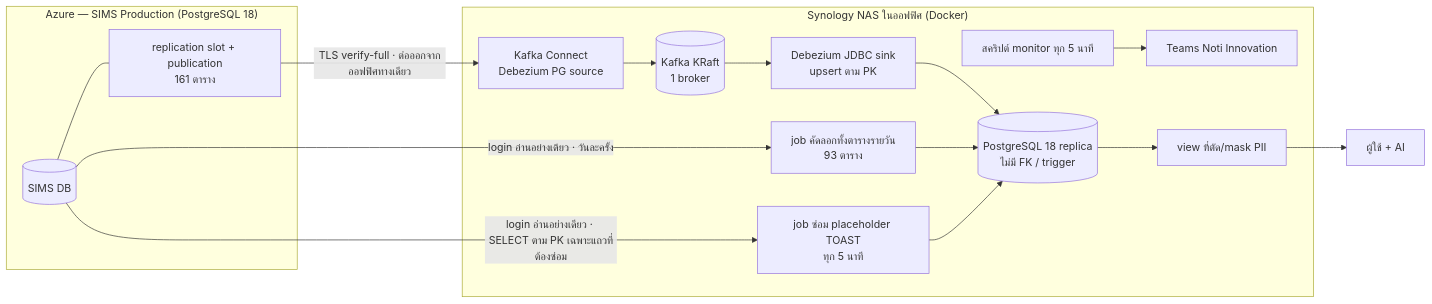
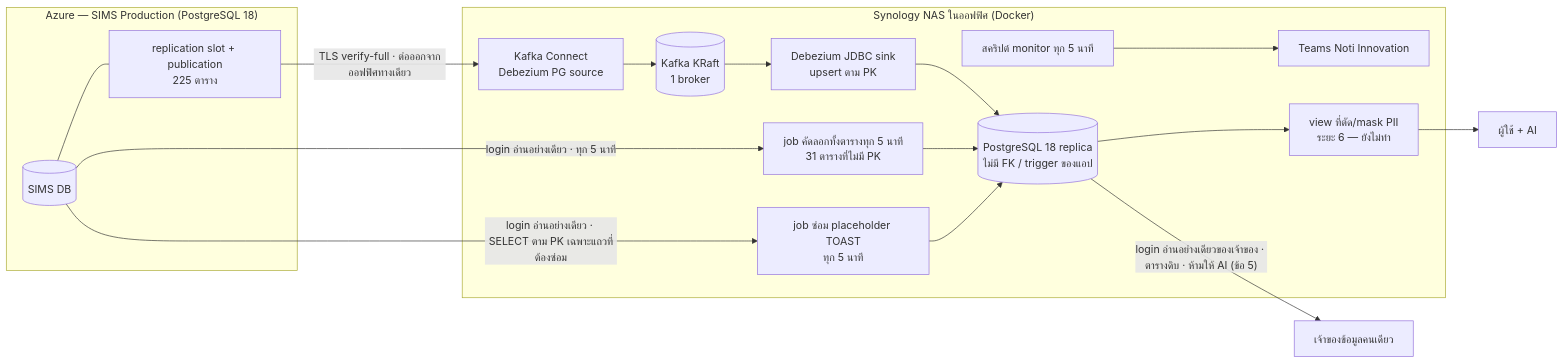
Before and after one commit to akkdach/FSRProtal: the diagram in docs/AD-sims-cdc-to-nas.md, drawn with Mermaid. The commit also changed other lines of this file and 2 other files, not shown here.

First line of the commit message:
Update SIMS CDC docs for go-live and the real-time scope

````diff
--- a/docs/AD-sims-cdc-to-nas.md
+++ b/docs/AD-sims-cdc-to-nas.md
@@ -68,19 +74,20 @@
 ```mermaid
 flowchart LR
   subgraph AZ["Azure — SIMS Production (PostgreSQL 18)"]
-    PG[(SIMS DB)] --- SLOT[replication slot + publication<br/>161 ตาราง]
+    PG[(SIMS DB)] --- SLOT[replication slot + publication<br/>225 ตาราง]
   end
   subgraph NAS["Synology NAS ในออฟฟิศ (Docker)"]
     DBZ[Kafka Connect<br/>Debezium PG source] --> K[(Kafka KRaft<br/>1 broker)]
     K --> SINK[Debezium JDBC sink<br/>upsert ตาม PK]
-    SINK --> REP[(PostgreSQL 18 replica<br/>ไม่มี FK / trigger)]
-    COPY[job คัดลอกทั้งตารางรายวัน<br/>93 ตาราง] --> REP
+    SINK --> REP[(PostgreSQL 18 replica<br/>ไม่มี FK / trigger ของแอป)]
+    COPY[job คัดลอกทั้งตารางทุก 5 นาที<br/>31 ตารางที่ไม่มี PK] --> REP
     FIX[job ซ่อม placeholder TOAST<br/>ทุก 5 นาที] --> REP
     MON[สคริปต์ monitor ทุก 5 นาที] --> TEAMS[Teams Noti Innovation]
-    REP --> V[view ที่ตัด/mask PII]
+    REP --> V[view ที่ตัด/mask PII<br/>ระยะ 6 — ยังไม่ทำ]
   end
   SLOT -- "TLS verify-full · ต่อออกจากออฟฟิศทางเดียว" --> DBZ
-  PG -- "login อ่านอย่างเดียว · วันละครั้ง" --> COPY
+  PG -- "login อ่านอย่างเดียว · ทุก 5 นาที" --> COPY
   PG -- "login อ่านอย่างเดียว · SELECT ตาม PK เฉพาะแถวที่ต้องซ่อม" --> FIX
   V --> AI[ผู้ใช้ + AI]
+  REP -- "login อ่านอย่างเดียวของเจ้าของ · ตารางดิบ · ห้ามให้ AI (ข้อ 5)" --> OWNER[เจ้าของข้อมูลคนเดียว]
 ```
````
